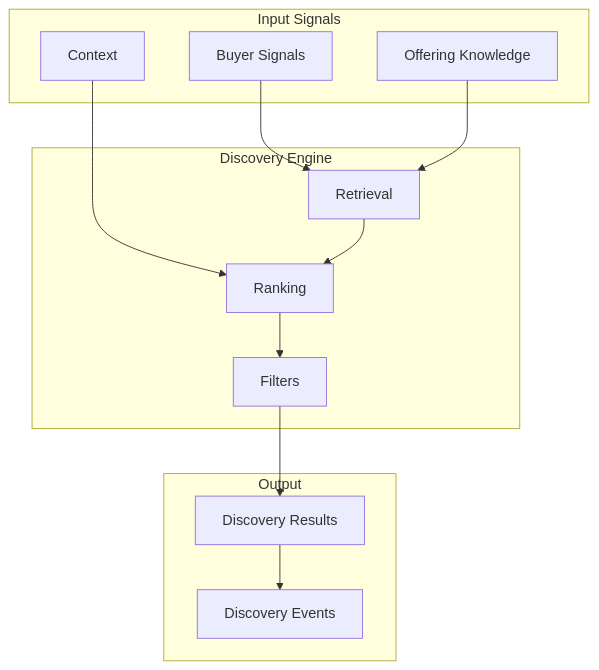
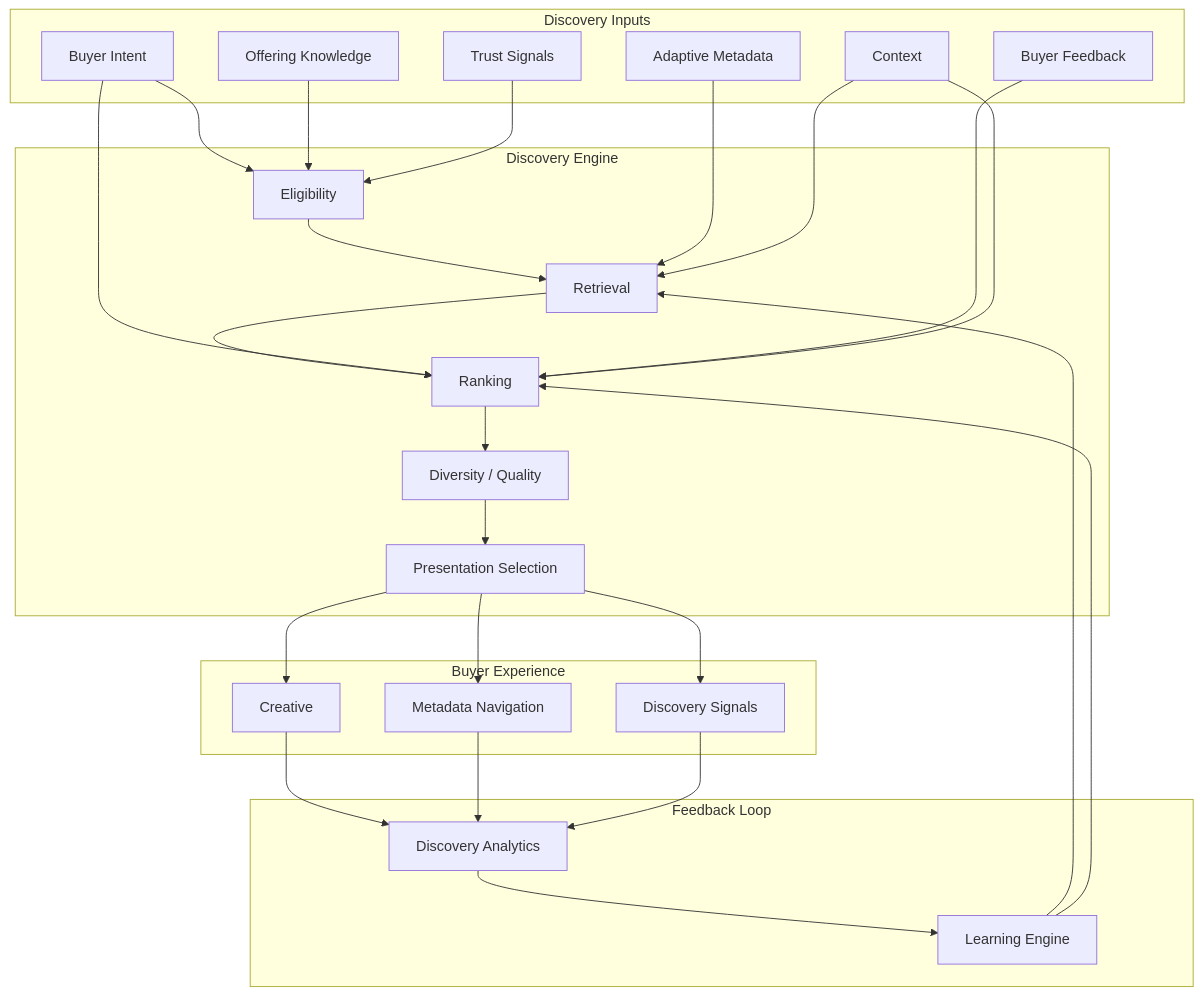
Before and after one commit to petkao/pinkcurve-blueprint: the second of 2 diagrams in docs/06-discovery-engine.md, drawn with Mermaid. The commit also changed other lines of this file and 27 other files, not shown here.

Commit message:
Update PinkCurve blueprint and complete Chapter 11 data architecture audit

````diff
--- a/docs/06-discovery-engine.md
+++ b/docs/06-discovery-engine.md
@@ -275,27 +1170,59 @@
 ```mermaid
 flowchart TB
-    subgraph Input["Input Signals"]
-        BS[Buyer Signals]
+
+    subgraph Inputs["Discovery Inputs"]
+        BI[Buyer Intent]
+        AM[Adaptive Metadata]
         OK[Offering Knowledge]
-        Context[Context]
+        CT[Context]
+        FB[Buyer Feedback]
+        TS[Trust Signals]
     end
 
     subgraph Engine["Discovery Engine"]
-        Retrieval
-        Ranking
-        Filters
+        EL[Eligibility]
+        RT[Retrieval]
+        RK[Ranking]
+        DV[Diversity / Quality]
+        PS[Presentation Selection]
     end
 
-    subgraph Output["Output"]
-        Results[Discovery Results]
-        Events[Discovery Events]
+    subgraph Experience["Buyer Experience"]
+        CR[Creative]
+        MD[Metadata Navigation]
+        DS[Discovery Signals]
     end
 
-    BS --> Retrieval
-    OK --> Retrieval
-    Context --> Ranking
-    Retrieval --> Ranking
-    Ranking --> Filters
-    Filters --> Results
-    Results --> Events
+    subgraph Learning["Feedback Loop"]
+        DA[Discovery Analytics]
+        LE[Learning Engine]
+    end
+
+    BI --> EL
+    OK --> EL
+    TS --> EL
+
+    EL --> RT
+    AM --> RT
+    CT --> RT
+
+    RT --> RK
+    BI --> RK
+    FB --> RK
+    CT --> RK
+
+    RK --> DV
+    DV --> PS
+
+    PS --> CR
+    PS --> MD
+    PS --> DS
+
+    CR --> DA
+    MD --> DA
+    DS --> DA
+
+    DA --> LE
+    LE --> RT
+    LE --> RK
 ```
````
